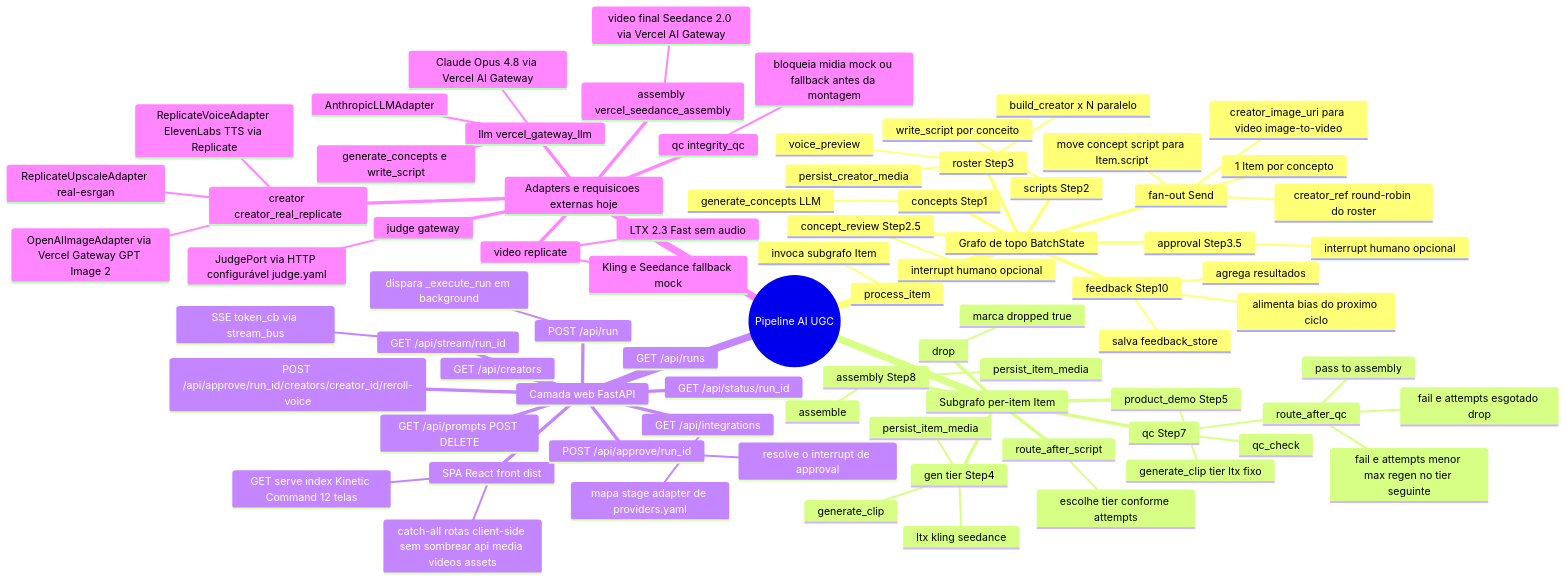
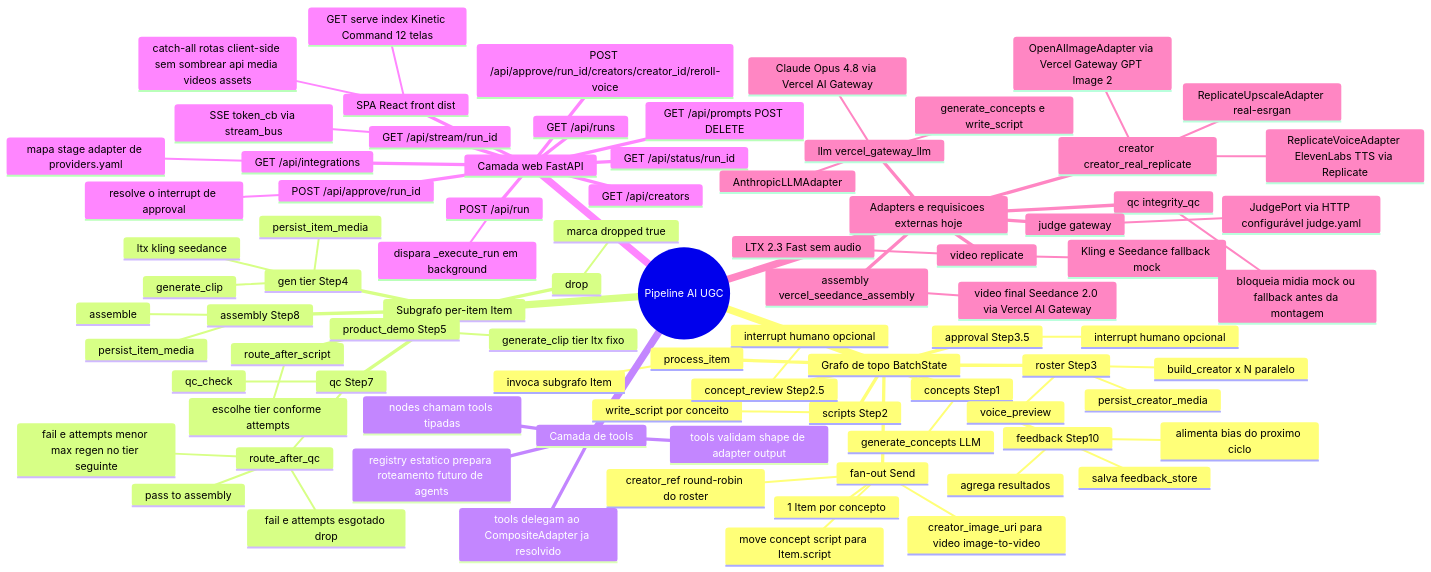
One commit to Lazaroenrico/video-orchestration-ai changed the first of 2 diagrams in docs/FLOW_MINDMAP.md. Above: the diagram before and after it, drawn with Mermaid. The commit also changed other lines of this file and 21 other files, not shown here.

```diff
--- a/docs/FLOW_MINDMAP.md
+++ b/docs/FLOW_MINDMAP.md
@@ -53,6 +53,11 @@
         persist_item_media
       drop
         marca dropped true
+    Camada de tools
+      nodes chamam tools tipadas
+      tools validam shape de adapter output
+      tools delegam ao CompositeAdapter ja resolvido
+      registry estatico prepara roteamento futuro de agents
     Camada web FastAPI
       SPA React front dist
         GET serve index Kinetic Command 12 telas
```
